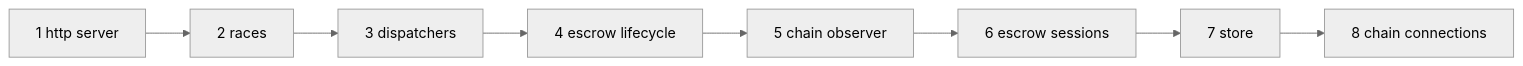
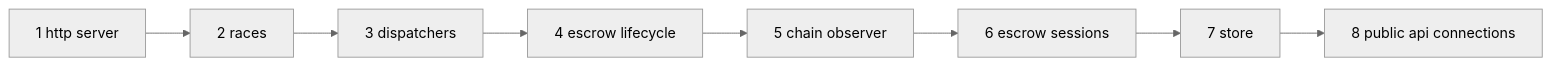
One commit to qdanik/gonka changed the diagram in devshard/cmd/gateway/docs/gateway-invariants.md. Above: the diagram before and after it, drawn with Mermaid (neutral theme). The commit also changed 14 other files, not shown here.

````diff
--- a/devshard/cmd/gateway/docs/gateway-invariants.md
+++ b/devshard/cmd/gateway/docs/gateway-invariants.md
@@ -106,10 +106,10 @@
 ```mermaid
 flowchart LR
     A[1 http server] --> B[2 races]
     B --> C[3 dispatchers]
     C --> D[4 escrow lifecycle]
     D --> E[5 chain observer]
     E --> F[6 escrow sessions]
     F --> G[7 store]
-    G --> H[8 chain connections]
+    G --> H[8 public api connections]
 ```
````
